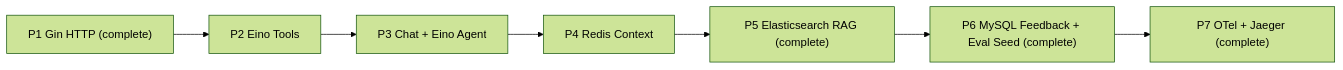
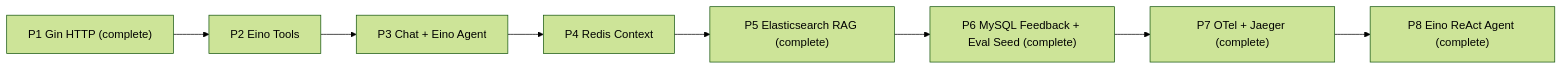
One commit to jiawei-wang-dev/WatchOps-Lite changed the diagram in docs/ROADMAP.md. Above: the diagram before and after it, drawn with Mermaid (forest theme). The commit also changed other lines of this file and 21 other files, not shown here.

First line of the commit message:
feat: add Eino ReAct agent runner

````diff
--- a/docs/ROADMAP.md
+++ b/docs/ROADMAP.md
@@ -165,9 +186,10 @@
 ```mermaid
 flowchart LR
     P1["P1 Gin HTTP (complete)"] --> P2["P2 Eino Tools"]
     P2 --> P3["P3 Chat + Eino Agent"]
     P3 --> P4["P4 Redis Context"]
     P4 --> P5["P5 Elasticsearch RAG (complete)"]
     P5 --> P6["P6 MySQL Feedback + Eval Seed (complete)"]
     P6 --> P7["P7 OTel + Jaeger (complete)"]
+    P7 --> P8["P8 Eino ReAct Agent (complete)"]
 ```
````
